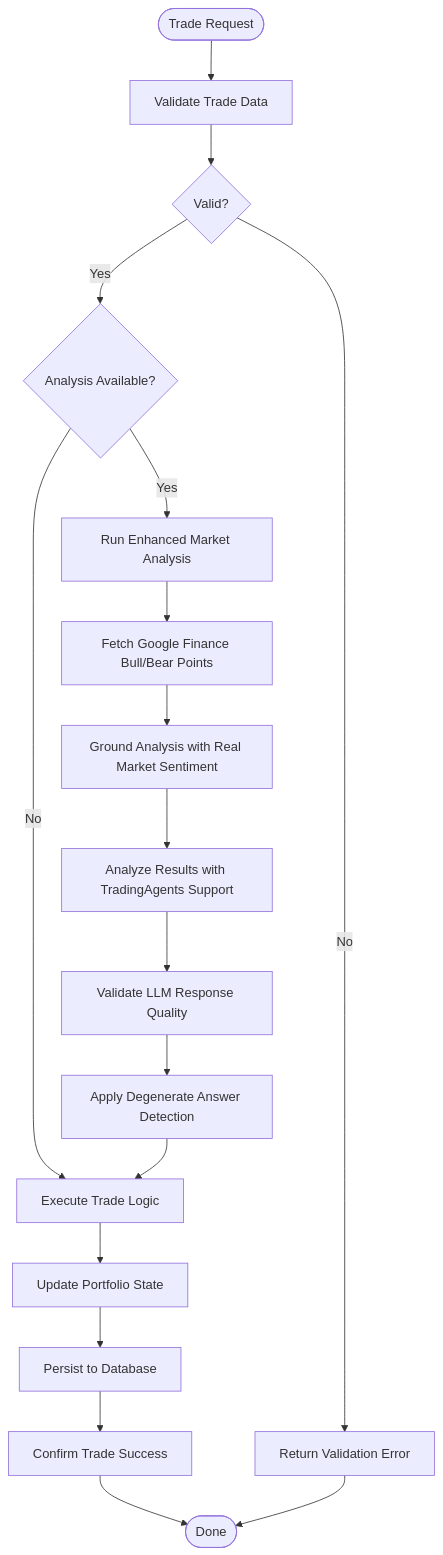
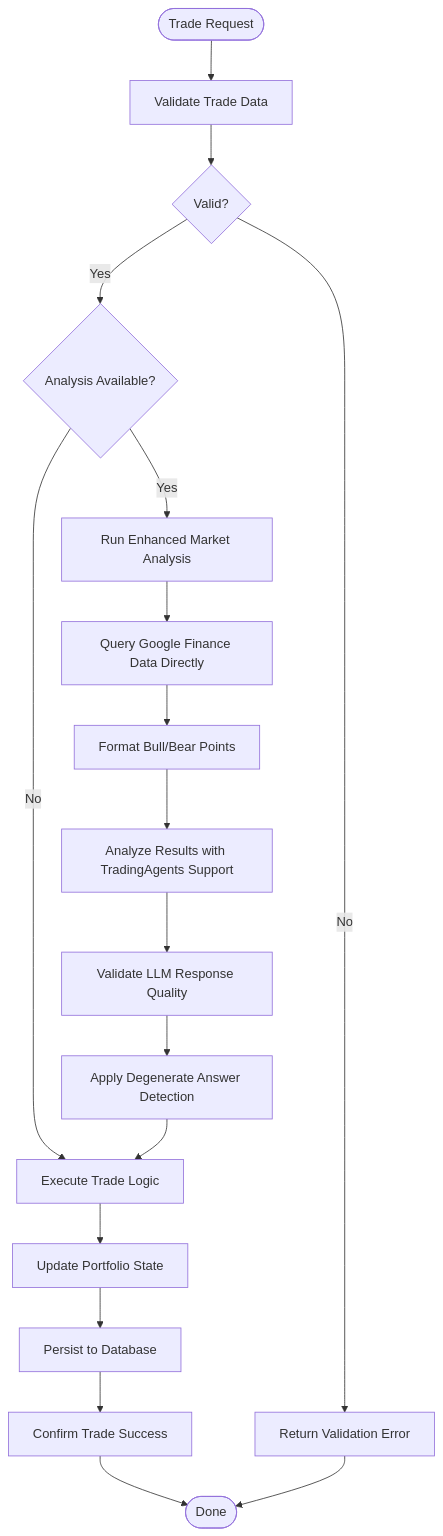
One commit to ZengSeng/telegram-bot changed the seventh of 13 diagrams in .qoder/repowiki/en/content/Core Components/Analysis Framework.md. Above: the diagram before and after it, drawn with Mermaid. The commit also changed other lines of this file and 11 other files, not shown here.

````diff
--- a/.qoder/repowiki/en/content/Core Components/Analysis Framework.md
+++ b/.qoder/repowiki/en/content/Core Components/Analysis Framework.md
@@ -396,20 +403,20 @@
 ```mermaid
 flowchart TD
 Start(["Trade Request"]) --> Validate["Validate Trade Data"]
 Validate --> Valid{"Valid?"}
 Valid --> |No| Error["Return Validation Error"]
 Valid --> |Yes| CheckAnalysis{"Analysis Available?"}
 CheckAnalysis --> |Yes| RunAnalysis["Run Enhanced Market Analysis"]
 CheckAnalysis --> |No| Execute["Execute Trade Logic"]
-RunAnalysis --> GetGFData["Fetch Google Finance Bull/Bear Points"]
-GetGFData --> GroundAnalysis["Ground Analysis with Real Market Sentiment"]
-GroundAnalysis --> AnalyzeResult["Analyze Results with TradingAgents Support"]
+RunAnalysis --> DirectDBQuery["Query Google Finance Data Directly"]
+DirectDBQuery --> FormatSentiment["Format Bull/Bear Points"]
+FormatSentiment --> AnalyzeResult["Analyze Results with TradingAgents Support"]
 AnalyzeResult --> ValidateLLM["Validate LLM Response Quality"]
 ValidateLLM --> RetryLogic["Apply Degenerate Answer Detection"]
 RetryLogic --> Execute["Execute Trade Logic"]
 Execute --> UpdatePortfolio["Update Portfolio State"]
 UpdatePortfolio --> Persist["Persist to Database"]
 Persist --> Confirm["Confirm Trade Success"]
 Confirm --> End(["Done"])
 Error --> End
 ```
````
